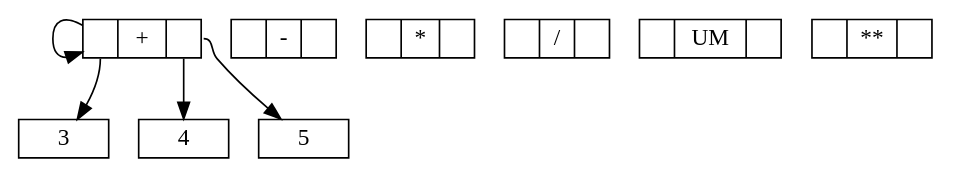
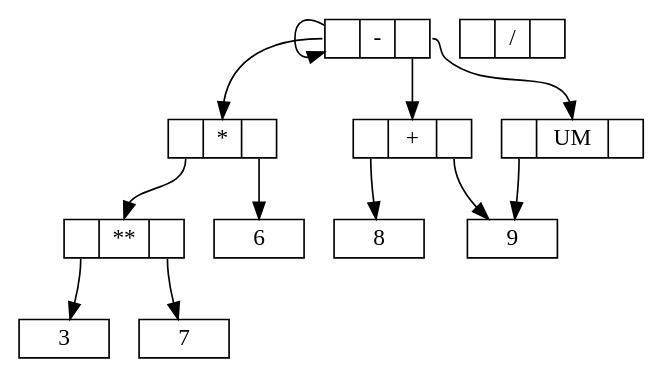
One commit to santhoshrajr/Compiler-Construction changed the diagram in astCalc/graph.gv. Above: the diagram before and after it, drawn with Graphviz. The commit also changed 44 other files, not shown here.

```diff
--- a/astCalc/graph.gv
+++ b/astCalc/graph.gv
@@ -1,12 +1,19 @@
 digraph G {
 node [shape = record,height=.1];
  node1[label = "<f0> |<f1> +|<f2> "]
  node2[label = "<f0> |<f1> -|<f2> "]
  node3[label = "<f0> |<f1> *|<f2> "]
  node4[label = "<f0> |<f1> /|<f2> "]
  node0[label = "<f0> |<f1> UM|<f2> "]
  node5[label = "<f0> |<f1> **|<f2> "]
- "node1":f0   ->  "node1":f0   -> 3
- "node1":f2   -> 4
- "node1":f2   -> 5
+ "node2":f0   ->  "node2":f0   ->  "node3":f1  
+ "node3":f0   ->  "node5":f1  
+ "node5":f0   -> 3
+ "node5":f2   -> 7
+ "node3":f2   -> 6
+ "node2":f2   ->  "node0":f1  
+ "node0":f0   -> 9
+ "node2":f2   ->  "node1":f1  
+ "node1":f0   -> 8
+ "node1":f2   -> 9
 }
```
